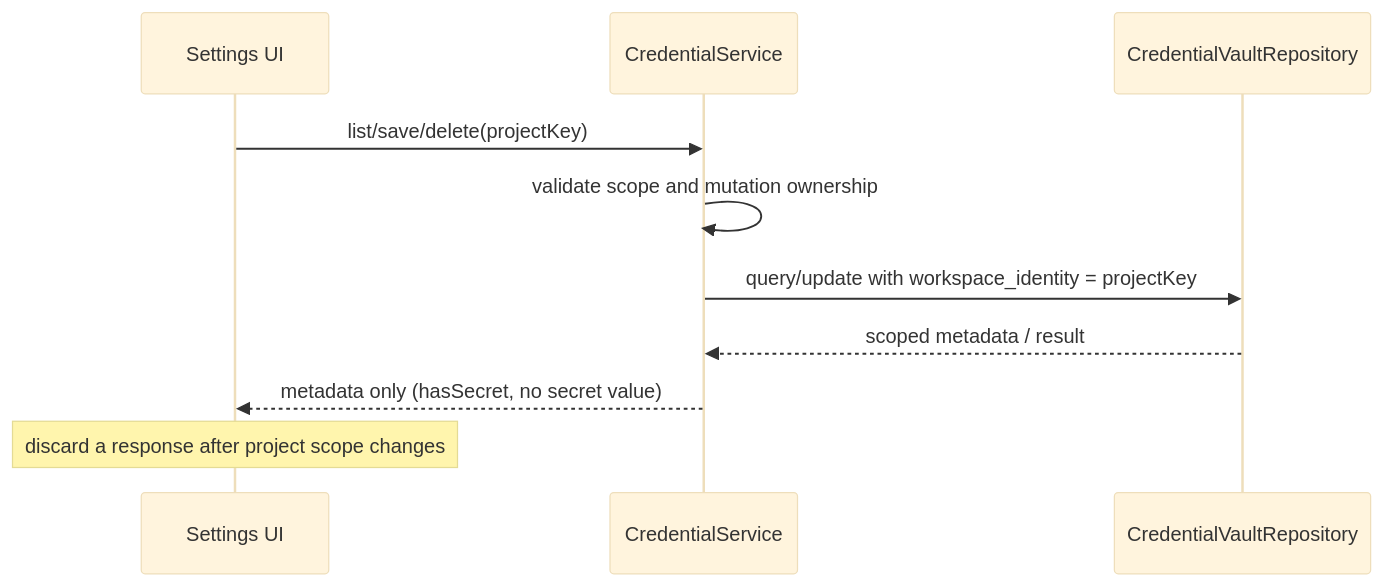
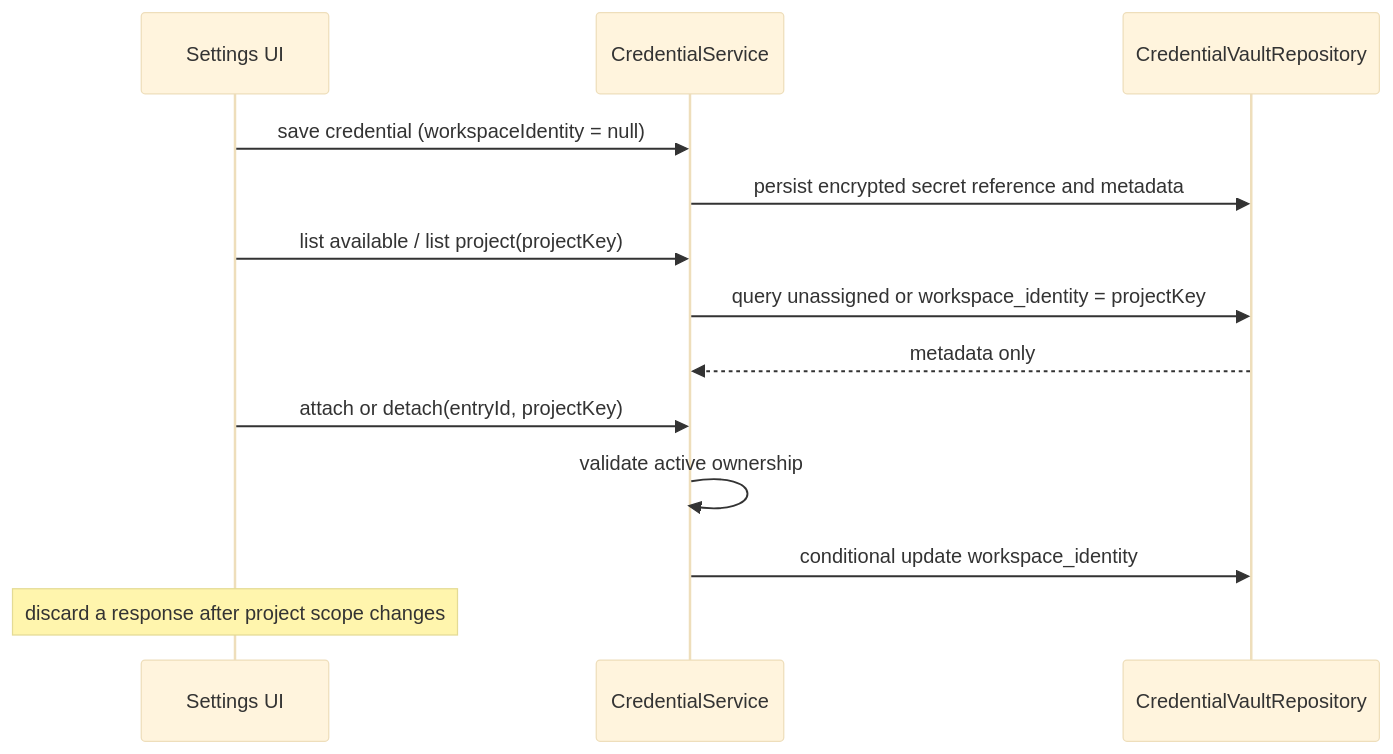
The diagram in packages/ui/specs/project-credential-scope.md (caiqiqqq/CodeVori), drawn with Mermaid (base theme) before and after one commit. The commit also changed other lines of this file and 10 other files, not shown here.

````diff
--- a/packages/ui/specs/project-credential-scope.md
+++ b/packages/ui/specs/project-credential-scope.md
@@ -25,12 +26,15 @@
 ```mermaid
 sequenceDiagram
     participant UI as Settings UI
     participant Host as CredentialService
     participant Repo as CredentialVaultRepository
-    UI->>Host: list/save/delete(projectKey)
-    Host->>Host: validate scope and mutation ownership
-    Host->>Repo: query/update with workspace_identity = projectKey
-    Repo-->>Host: scoped metadata / result
-    Host-->>UI: metadata only (hasSecret, no secret value)
+    UI->>Host: save credential (workspaceIdentity = null)
+    Host->>Repo: persist encrypted secret reference and metadata
+    UI->>Host: list available / list project(projectKey)
+    Host->>Repo: query unassigned or workspace_identity = projectKey
+    Repo-->>Host: metadata only
+    UI->>Host: attach or detach(entryId, projectKey)
+    Host->>Host: validate active ownership
+    Host->>Repo: conditional update workspace_identity
     Note over UI: discard a response after project scope changes
 ```
````
